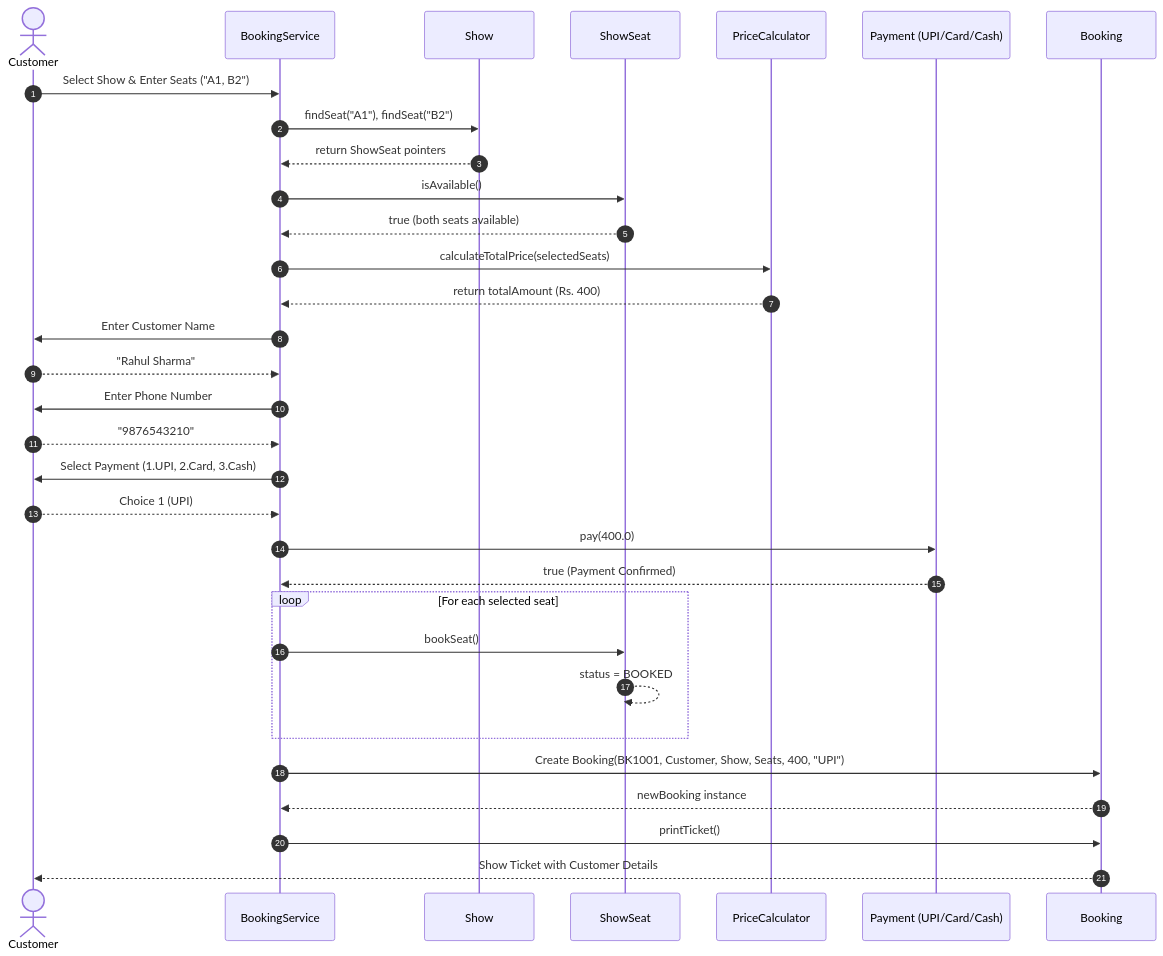
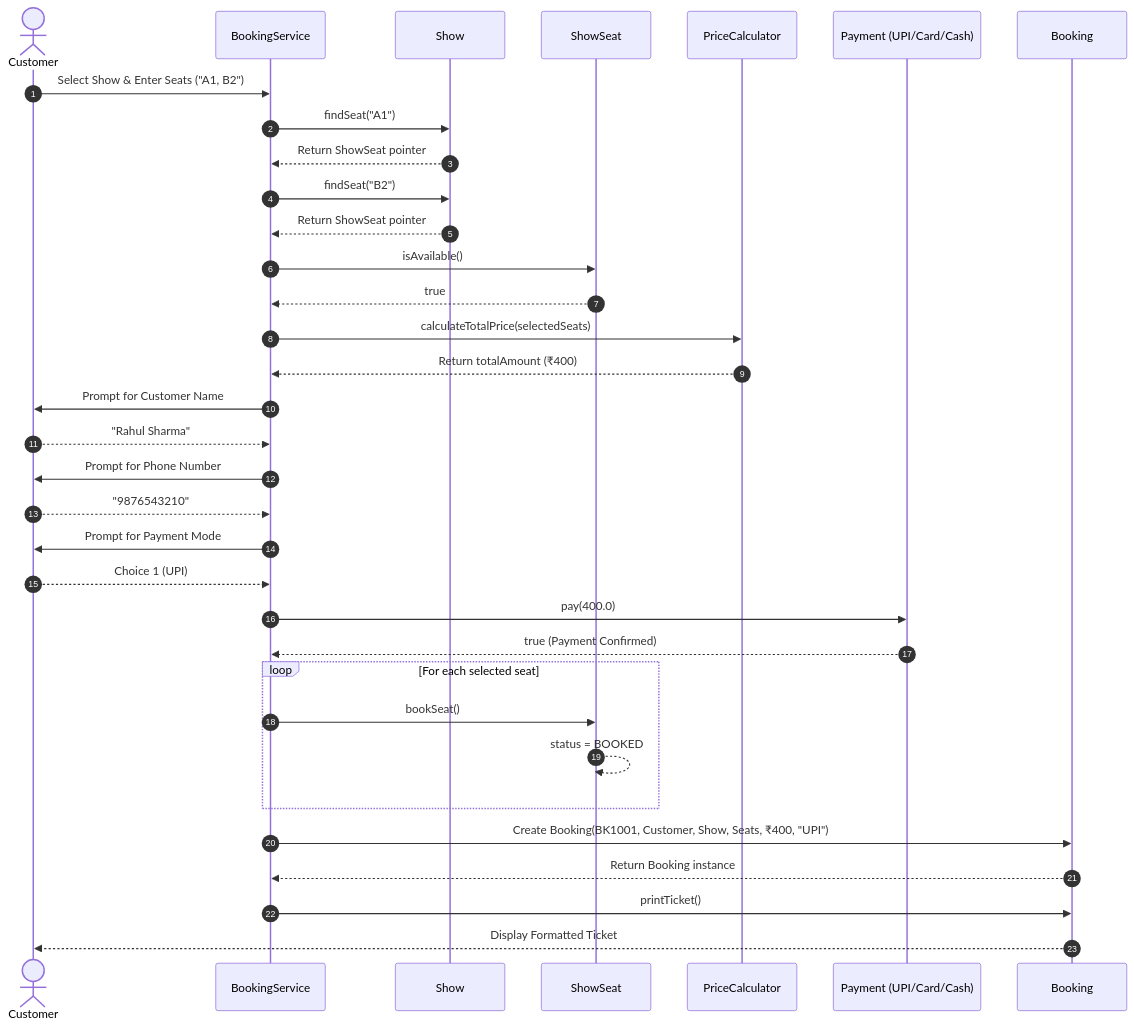
One commit to Sujalkathait/MovieTicketBookingSystem changed the second of 2 diagrams in README.md. Above: the diagram before and after it, drawn with Mermaid. The commit also changed other lines of this file, not shown here.

Commit message:
Fix mermaid parsing error by quoting node labels

````diff
--- a/README.md
+++ b/README.md
@@ -507,41 +505,49 @@
 ```mermaid
 sequenceDiagram
     autonumber
+
     actor User as Customer
     participant BS as BookingService
     participant S as Show
     participant SS as ShowSeat
     participant PC as PriceCalculator
     participant PM as Payment (UPI/Card/Cash)
     participant B as Booking
-    
+
     User->>BS: Select Show & Enter Seats ("A1, B2")
-    BS->>S: findSeat("A1"), findSeat("B2")
-    S-->>BS: return ShowSeat pointers
+
+    BS->>S: findSeat("A1")
+    S-->>BS: Return ShowSeat pointer
+
+    BS->>S: findSeat("B2")
+    S-->>BS: Return ShowSeat pointer
+
     BS->>SS: isAvailable()
-    SS-->>BS: true (both seats available)
-    
+    SS-->>BS: true
+
     BS->>PC: calculateTotalPrice(selectedSeats)
-    PC-->>BS: return totalAmount (Rs. 400)
-    
-    BS->>User: Enter Customer Name
+    PC-->>BS: Return totalAmount (₹400)
+
+    BS->>User: Prompt for Customer Name
     User-->>BS: "Rahul Sharma"
-    BS->>User: Enter Phone Number
+
+    BS->>User: Prompt for Phone Number
     User-->>BS: "9876543210"
-    
-    BS->>User: Select Payment (1.UPI, 2.Card, 3.Cash)
+
+    BS->>User: Prompt for Payment Mode
     User-->>BS: Choice 1 (UPI)
-    
+
     BS->>PM: pay(400.0)
     PM-->>BS: true (Payment Confirmed)
-    
+
     loop For each selected seat
         BS->>SS: bookSeat()
         SS-->>SS: status = BOOKED
     end
-    
-    BS->>B: Create Booking(BK1001, Customer, Show, Seats, 400, "UPI")
-    B-->>BS: newBooking instance
+
+    BS->>B: Create Booking(BK1001, Customer, Show, Seats, ₹400, "UPI")
+    B-->>BS: Return Booking instance
+
     BS->>B: printTicket()
-    B-->>User: Show Ticket with Customer Details
+    B-->>User: Display Formatted Ticket
 ```
````
